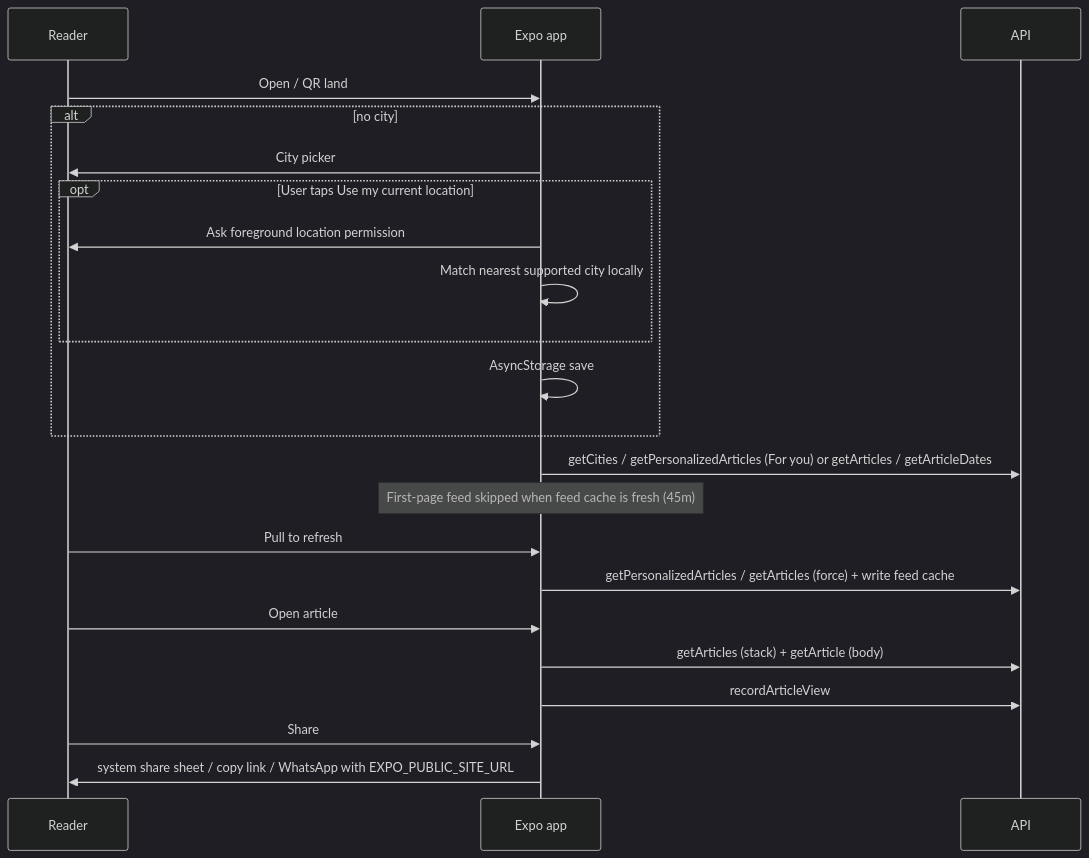
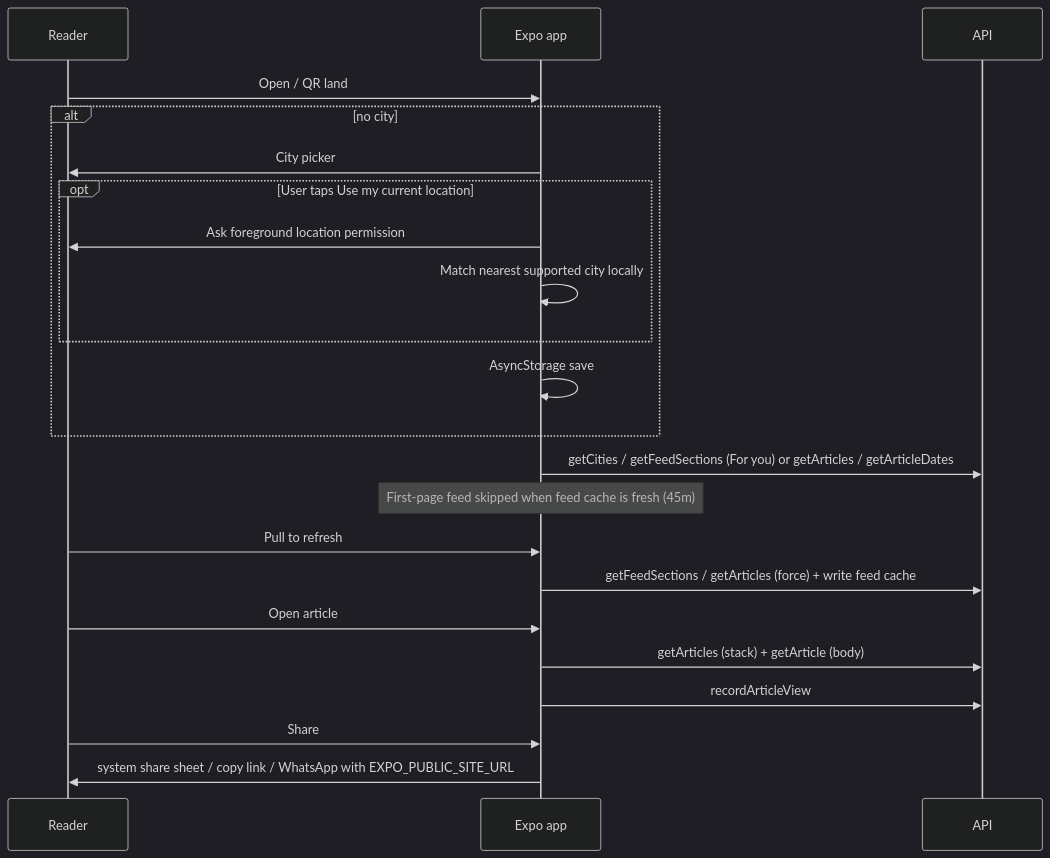
One commit to sshivanshg/TAZAkhabar changed the second of 2 diagrams in docs/architecture/06-reader-app.md. Above: the diagram before and after it, drawn with Mermaid (dark theme). The commit also changed other lines of this file and 1 other file, not shown here.

Commit message:
docs: atlas pages for content-analyzed feed sections

````diff
--- a/docs/architecture/06-reader-app.md
+++ b/docs/architecture/06-reader-app.md
@@ -106,24 +106,24 @@
 ```mermaid
 sequenceDiagram
   participant U as Reader
   participant App as Expo app
   participant API as API
   U->>App: Open / QR land
   alt no city
     App->>U: City picker
     opt User taps Use my current location
       App->>U: Ask foreground location permission
       App->>App: Match nearest supported city locally
     end
     App->>App: AsyncStorage save
   end
-  App->>API: getCities / getPersonalizedArticles (For you) or getArticles / getArticleDates
+  App->>API: getCities / getFeedSections (For you) or getArticles / getArticleDates
   Note over App: First-page feed skipped when feed cache is fresh (45m)
   U->>App: Pull to refresh
-  App->>API: getPersonalizedArticles / getArticles (force) + write feed cache
+  App->>API: getFeedSections / getArticles (force) + write feed cache
   U->>App: Open article
   App->>API: getArticles (stack) + getArticle (body)
   App->>API: recordArticleView
   U->>App: Share
   App->>U: system share sheet / copy link / WhatsApp with EXPO_PUBLIC_SITE_URL
 ```
````
